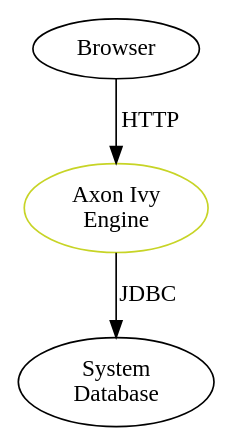
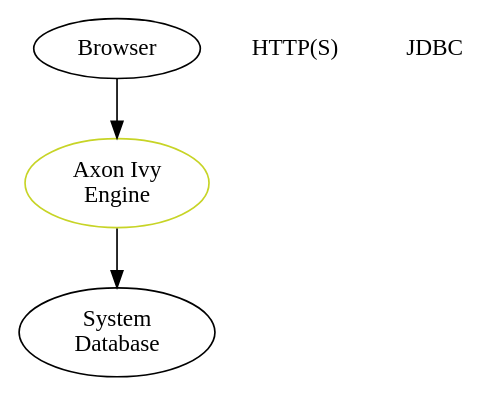
The diagram in source/engine-guide/getting-started/overview.dot (bernhardAxonIvy/doc), drawn with Graphviz before and after one commit. The commit also changed 15 other files, not shown here.

```diff
--- a/source/engine-guide/getting-started/overview.dot
+++ b/source/engine-guide/getting-started/overview.dot
@@ -1,9 +1,15 @@
-
 digraph overview {
+  /* nodes */
   browser [ label="Browser", pos = "0,2.5!", width="1.3"];
   engine [label="Axon Ivy\nEngine", pos="3,2.5!", width="1.3", color="#C7D426", fontcolor="black"];
   systemdb [ label="System\nDatabase", pos="6,2.5!" width="1.3"]
-  
-  browser -> engine [ label="HTTP"];
-  engine -> systemdb [ label="JDBC" ];
+
+  /* edges */
+  browser -> engine;
+  engine -> systemdb;
+
+  /* edge labels */  
+  browserengine [ label="HTTP(S)", pos = "1.5,2.6!", shape=none, fillcolor=none,fontcolor=black ]
+  enginesystemdb [ label="JDBC", pos = "4.5,2.6!", shape=none, fillcolor=none,fontcolor=black ]
+
 }
```
